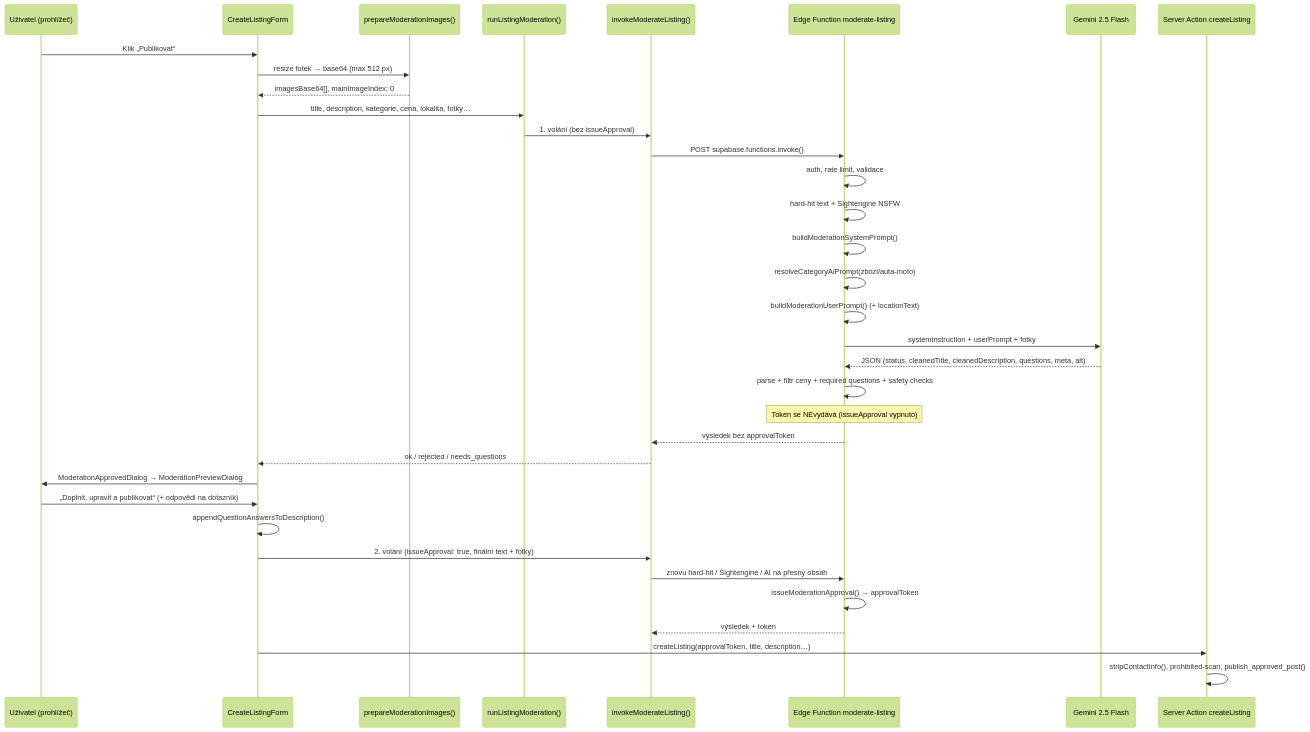
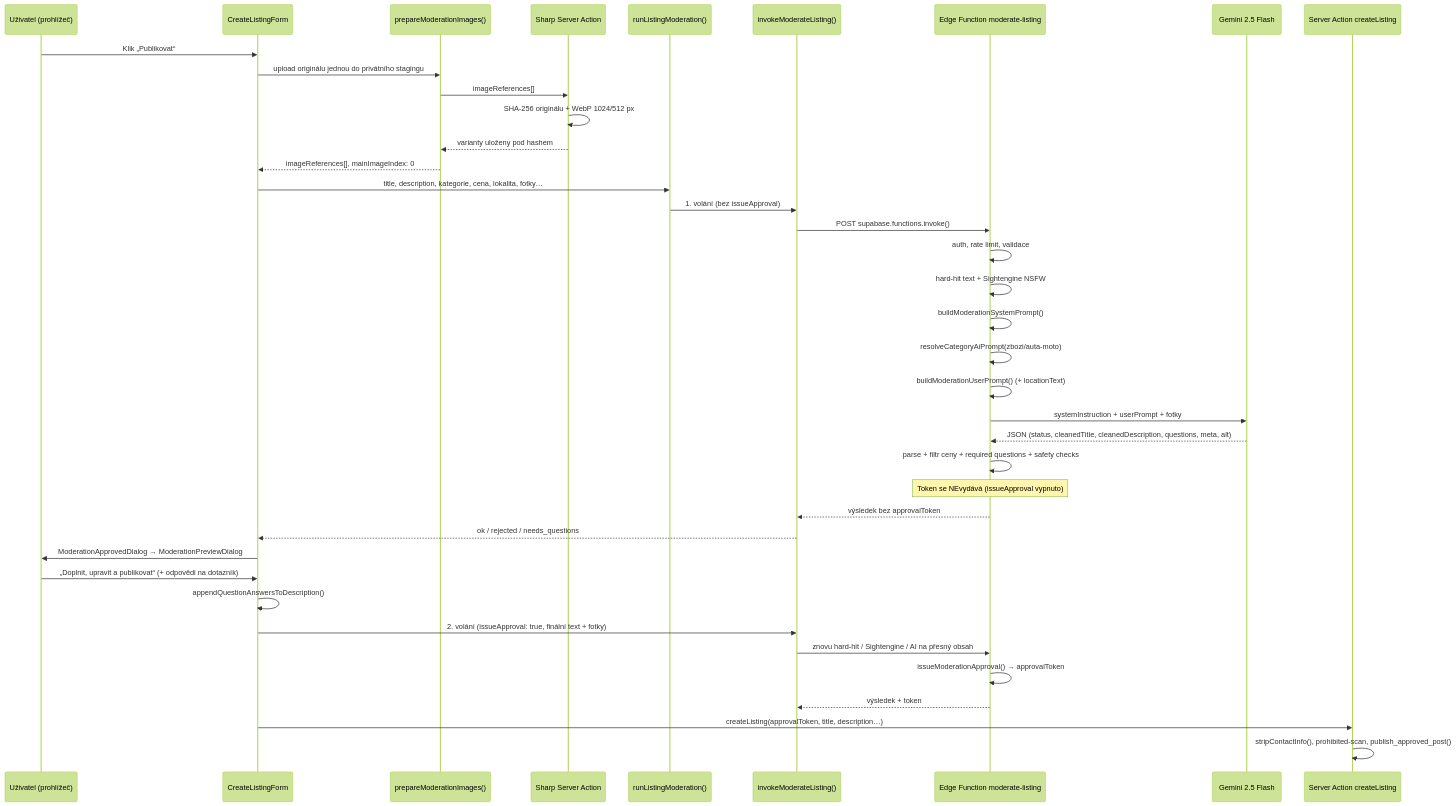
The diagram in docs/ukazka-moderace-hydratace.md (Radek1645/HobbyUserMarket), drawn with Mermaid (forest theme) before and after one commit. The commit also changed other lines of this file and 52 other files, not shown here.

First line of the commit message:
feat: staging fotek + Sharp AI varianty a dokonceni email auth

````diff
--- a/docs/ukazka-moderace-hydratace.md
+++ b/docs/ukazka-moderace-hydratace.md
@@ -27,38 +27,42 @@
 ```mermaid
 sequenceDiagram
     participant U as Uživatel (prohlížeč)
     participant CF as CreateListingForm
     participant PM as prepareModerationImages()
+    participant SR as Sharp Server Action
     participant RL as runListingModeration()
     participant CL as invokeModerateListing()
     participant EF as Edge Function moderate-listing
     participant AI as Gemini 2.5 Flash
     participant SA as Server Action createListing
 
     U->>CF: Klik „Publikovat“
-    CF->>PM: resize fotek → base64 (max 512 px)
-    PM-->>CF: imagesBase64[], mainImageIndex: 0
+    CF->>PM: upload originálu jednou do privátního stagingu
+    PM->>SR: imageReferences[]
+    SR->>SR: SHA-256 originálu + WebP 1024/512 px
+    SR-->>PM: varianty uloženy pod hashem
+    PM-->>CF: imageReferences[], mainImageIndex: 0
     CF->>RL: title, description, kategorie, cena, lokalita, fotky…
     RL->>CL: 1. volání (bez issueApproval)
     CL->>EF: POST supabase.functions.invoke()
     EF->>EF: auth, rate limit, validace
     EF->>EF: hard-hit text + Sightengine NSFW
     EF->>EF: buildModerationSystemPrompt()
     EF->>EF: resolveCategoryAiPrompt(zbozi/auta-moto)
     EF->>EF: buildModerationUserPrompt() (+ locationText)
     EF->>AI: systemInstruction + userPrompt + fotky
     AI-->>EF: JSON (status, cleanedTitle, cleanedDescription, questions, meta, alt)
     EF->>EF: parse + filtr ceny + required questions + safety checks
     Note over EF: Token se NEvydává (issueApproval vypnuto)
     EF-->>CL: výsledek bez approvalToken
     CL-->>CF: ok / rejected / needs_questions
     CF->>U: ModerationApprovedDialog → ModerationPreviewDialog
     U->>CF: „Doplnit, upravit a publikovat“ (+ odpovědi na dotazník)
     CF->>CF: appendQuestionAnswersToDescription()
     CF->>CL: 2. volání (issueApproval: true, finální text + fotky)
     CL->>EF: znovu hard-hit / Sightengine / AI na přesný obsah
     EF->>EF: issueModerationApproval() → approvalToken
     EF-->>CL: výsledek + token
     CF->>SA: createListing(approvalToken, title, description…)
     SA->>SA: stripContactInfo(), prohibited-scan, publish_approved_post()
 ```
````
